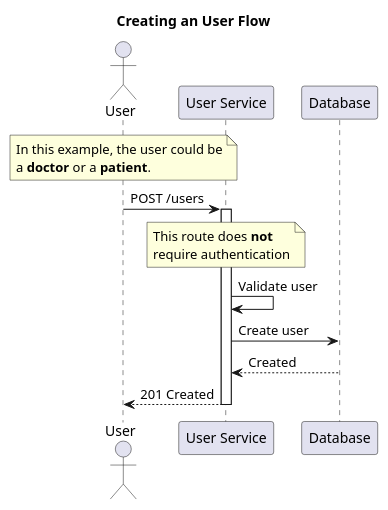
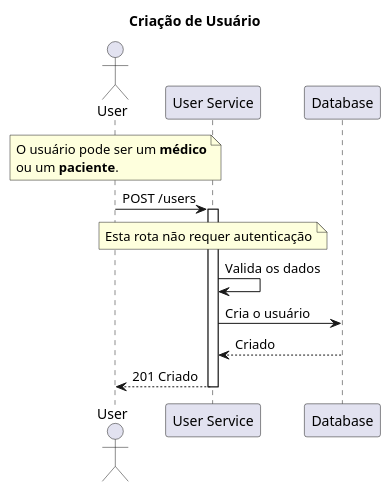
The diagram in docs/create_user.puml (jfelipearaujo-healthmed/user-service), drawn with PlantUML before and after one commit. The commit also changed 12 other files, not shown here.

```diff
--- a/docs/create_user.puml
+++ b/docs/create_user.puml
@@ -1,28 +1,27 @@
 @startuml create_user
 
-title Creating an User Flow
+title Criação de Usuário
 
 actor "User" as user
 participant "User Service" as user_service
 participant "Database" as database
 
 note over user
-In this example, the user could be
-a **doctor** or a **patient**.
+O usuário pode ser um **médico**
+ou um **paciente**.
 end note
 
 user -> user_service: POST /users
 
 note over user_service
-This route does **not**
-require authentication
+Esta rota não requer autenticação
 end note
 
 activate user_service
-user_service -> user_service: Validate user
-user_service -> database: Create user
-database --> user_service: Created
-user_service --> user: 201 Created
+user_service -> user_service: Valida os dados
+user_service -> database: Cria o usuário
+database --> user_service: Criado
+user_service --> user: 201 Criado
 deactivate user_service
 
 @enduml
```
